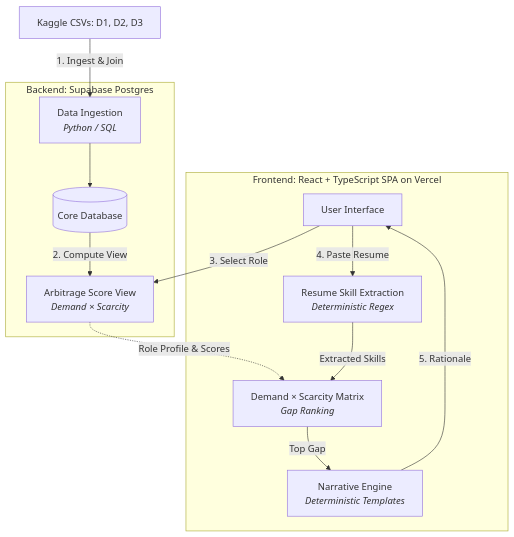
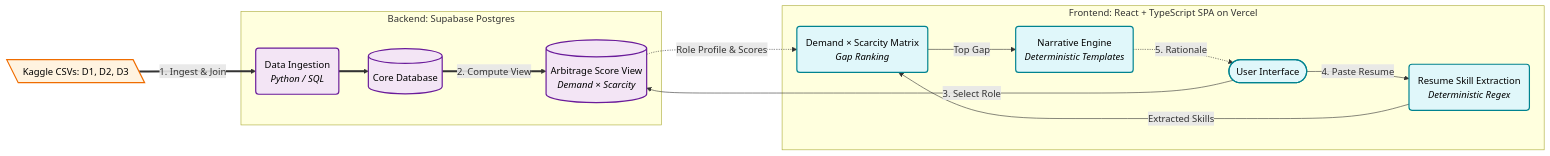
One commit to rhaeyyan/looking-glass changed the diagram in README.md. Above: the diagram before and after it, drawn with Mermaid. The commit also changed 1 other file, not shown here.

Commit message:
docs: improve mermaid chart readability
Verified-With: visual inspection

````diff
--- a/README.md
+++ b/README.md
@@ -101,29 +101,37 @@
 ```mermaid
-flowchart TB
-    subgraph Client [Frontend: React + TypeScript SPA on Vercel]
-        UI[User Interface]
-        Regex[Resume Skill Extraction<br/><i>Deterministic Regex</i>]
-        Matrix[Demand × Scarcity Matrix<br/><i>Gap Ranking</i>]
-        Narrator[Narrative Engine<br/><i>Deterministic Templates</i>]
+flowchart LR
+    %% Class Definitions
+    classDef frontend fill:#e0f7fa,stroke:#00838f,stroke-width:2px,color:#000
+    classDef backend fill:#f3e5f5,stroke:#6a1b9a,stroke-width:2px,color:#000
+    classDef external fill:#fff3e0,stroke:#ef6c00,stroke-width:2px,color:#000
+
+    %% External Data
+    CSV[\Kaggle CSVs: D1, D2, D3\]:::external
+
+    subgraph Server [Backend: Supabase Postgres]
+        Ingest(Data Ingestion<br/><i>Python / SQL</i>):::backend
+        DB[(Core Database)]:::backend
+        ScoreView[(Arbitrage Score View<br/><i>Demand × Scarcity</i>)]:::backend
     end
 
-    subgraph Server [Backend: Supabase Postgres]
-        DB[(Core Database)]
-        Ingest[Data Ingestion<br/><i>Python / SQL</i>]
-        ScoreView[Arbitrage Score View<br/><i>Demand × Scarcity</i>]
+    subgraph Client [Frontend: React + TypeScript SPA on Vercel]
+        UI([User Interface]):::frontend
+        Regex(Resume Skill Extraction<br/><i>Deterministic Regex</i>):::frontend
+        Matrix(Demand × Scarcity Matrix<br/><i>Gap Ranking</i>):::frontend
+        Narrator(Narrative Engine<br/><i>Deterministic Templates</i>):::frontend
     end
 
     %% Build time / Static
-    CSV[Kaggle CSVs: D1, D2, D3] -->|1. Ingest & Join| Ingest
-    Ingest --> DB
-    DB -->|2. Compute View| ScoreView
+    CSV == 1. Ingest & Join ==> Ingest
+    Ingest ==> DB
+    DB == 2. Compute View ==> ScoreView
 
     %% Runtime Flow
     UI -->|3. Select Role| ScoreView
     ScoreView -.->|Role Profile & Scores| Matrix
     
     UI -->|4. Paste Resume| Regex
     Regex -->|Extracted Skills| Matrix
     Matrix -->|Top Gap| Narrator
-    Narrator -->|5. Rationale| UI
+    Narrator -.->|5. Rationale| UI
 ```
````
